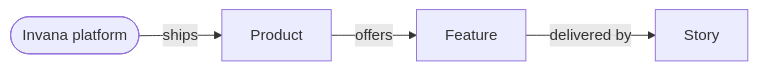
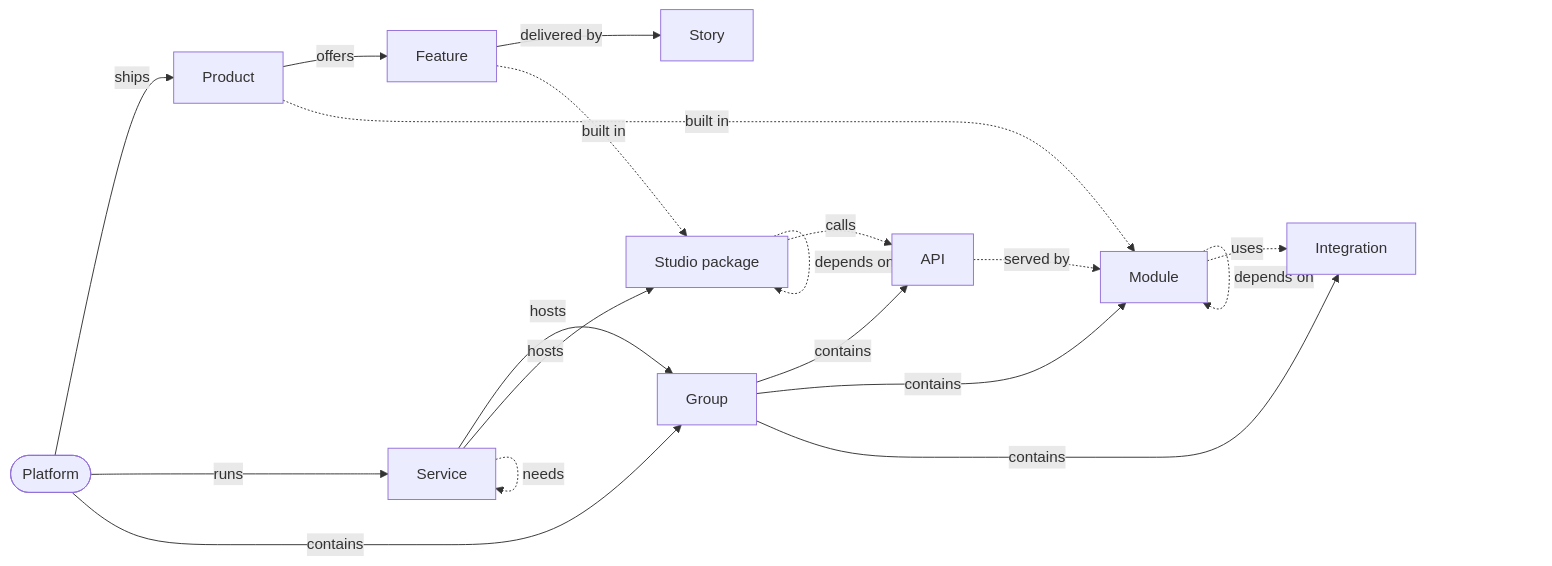
One commit to invana/invana changed the diagram in .claude/skills/platform-map/SKILL.md. Above: the diagram before and after it, drawn with Mermaid. The commit also changed other lines of this file and 2 other files, not shown here.

First line of the commit message:
chore: platform-map skill reads the system and code layers from the code

````diff
--- a/.claude/skills/platform-map/SKILL.md
+++ b/.claude/skills/platform-map/SKILL.md
@@ -18,6 +23,20 @@
 ```mermaid
 flowchart LR
-  P([Invana platform]) -->|ships| PR[Product]
-  PR -->|offers| F[Feature]
-  F -->|delivered by| S[Story]
+  P([Platform]) -->|ships| PR[Product] -->|offers| F[Feature] -->|delivered by| S[Story]
+  P -->|runs| SV[Service]
+  P -->|contains| G[Group]
+  SV -->|hosts| G
+  SV -->|hosts| PK[Studio package]
+  G -->|contains| A[API]
+  G -->|contains| M[Module]
+  G -->|contains| I[Integration]
+  M -->|has part| M
+  PR -.->|built in| M
+  F -.->|built in| PK
+  PK -.->|calls| A
+  PK -.->|depends on| PK
+  A -.->|served by| M
+  M -.->|depends on| M
+  M -.->|uses| I
+  SV -.->|needs| SV
 ```
````
